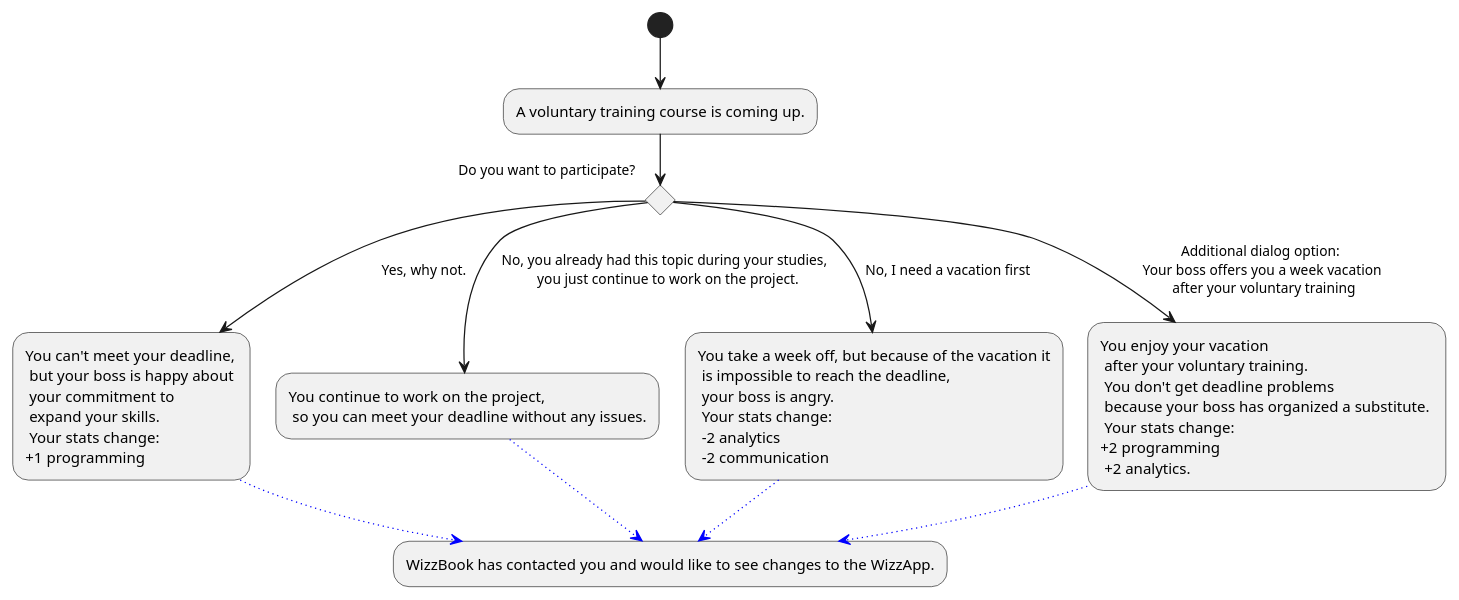
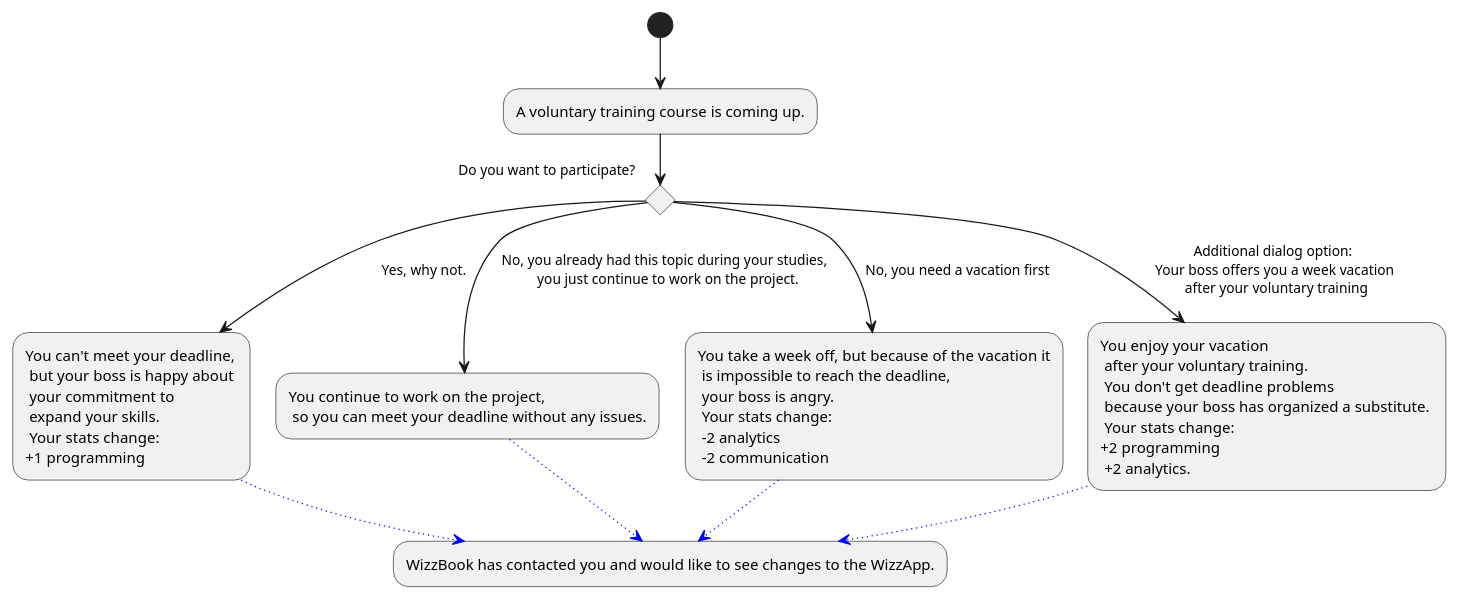
Before and after one commit to Brotenko/QualityQuest: the diagram in Docs/Technical Specifications/docs/diagrams/StoryFlow/StoryFlow_Decision_9.puml, drawn with PlantUML.

Commit message:
Update Docs/Technical Specifications/docs/diagrams/StoryFlow/StoryFlow_Decision_9.puml

```diff
--- a/Docs/Technical Specifications/docs/diagrams/StoryFlow/StoryFlow_Decision_9.puml
+++ b/Docs/Technical Specifications/docs/diagrams/StoryFlow/StoryFlow_Decision_9.puml
@@ -1,18 +1,18 @@
 @startuml
 (*) --> "A voluntary training course is coming up."
 
 if "Do you want to participate?" then
 --> [Yes, why not.] "You can't meet your deadline,\n but your boss is happy about \n your commitment to\n expand your skills. \n Your stats change: \n+1 programming" as participate
 else
 --> [No, you already had this topic during your studies, \n you just continue to work on the project.] "You continue to work on the project, \n so you can meet your deadline without any issues." as keepWorking
 else 
---> [No, I need a vacation first] "You take a week off, but because of the vacation it\n is impossible to reach the deadline, \n your boss is angry. \n Your stats change: \n -2 analytics \n -2 communication" as vacation
+--> [No, you need a vacation first] "You take a week off, but because of the vacation it\n is impossible to reach the deadline, \n your boss is angry. \n Your stats change: \n -2 analytics \n -2 communication" as vacation
 else 
 --> [Additional dialog option: \n Your boss offers you a week vacation \n after your voluntary training] "You enjoy your vacation \n after your voluntary training. \n You don't get deadline problems \n because your boss has organized a substitute. \n Your stats change: \n+2 programming \n +2 analytics."
 endif
 'Note: project not final, its just a filler.
 -[#blue,dotted]-> "WizzBook has contacted you and would like to see changes to the WizzApp." as nextDecision
 keepWorking -[#blue,dotted]-> nextDecision
 participate -[#blue,dotted]-> nextDecision
 vacation -[#blue,dotted]-> nextDecision
 @enduml
```
